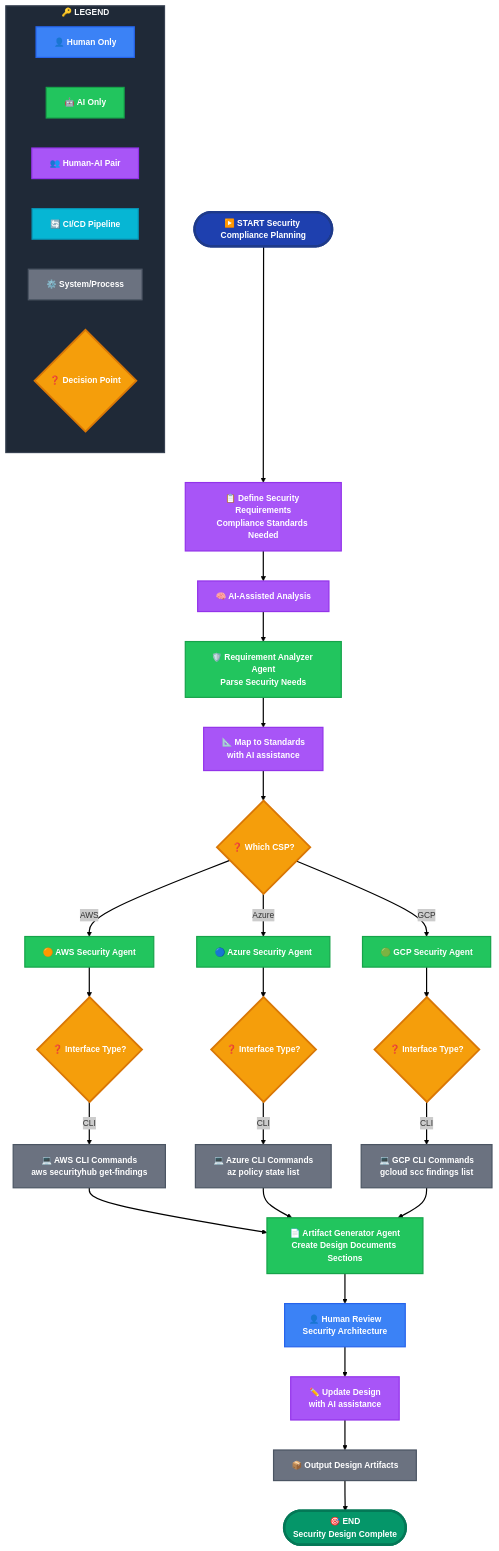
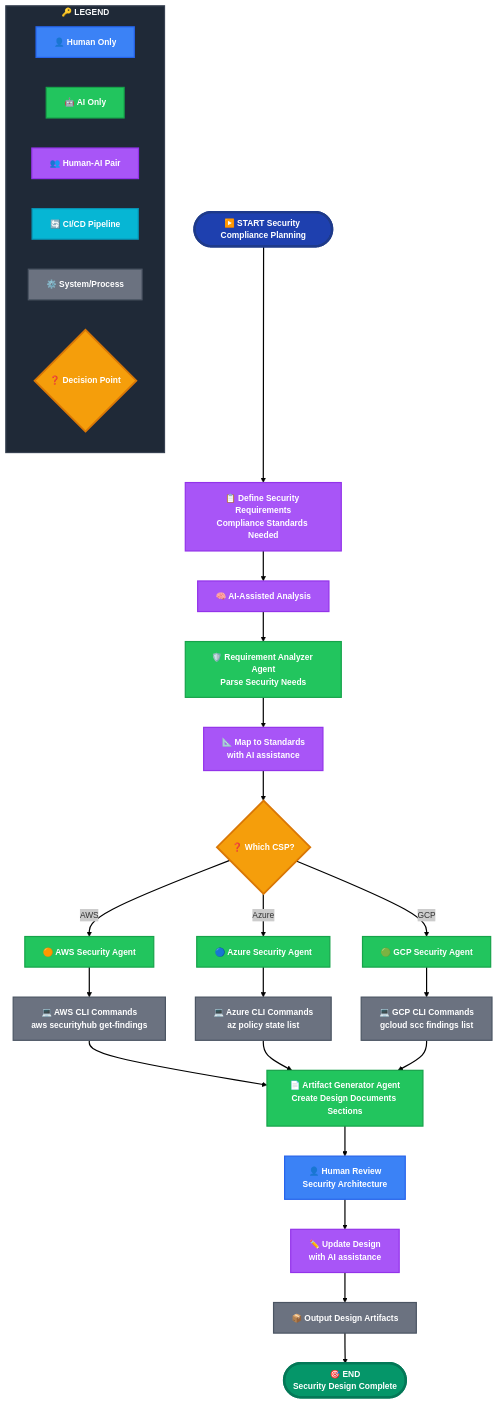
One commit to hashi-demo-lab/claude-code-devcontainer changed the diagram in .claude/workflows/security_analysis.mmd. Above: the diagram before and after it, drawn with Mermaid.

Commit message:
Refactor security analysis workflow to simplify interface handling and improve clarity in command flow

```diff
--- a/.claude/workflows/security_analysis.mmd
+++ b/.claude/workflows/security_analysis.mmd
@@ -1,74 +1,68 @@
 ---
 config:
   theme: neo
   flowchart:
     curve: basis
   layout: fixed
 ---
 flowchart TB
  subgraph LEGEND["🔑 LEGEND"]
     direction LR
         L1["👤 Human Only"]
         L2["🤖 AI Only"]
         L3["👥 Human-AI Pair"]
         L4["🔄 CI/CD Pipeline"]
         L5["⚙️ System/Process"]
         L6{"❓ Decision Point"}
   end
     START(["▶️ START Security Compliance Planning"]) --> A["📋 Define Security Requirements<br>Compliance Standards Needed"]
     A --> B["🧠 AI-Assisted Analysis"]
     B --> B1["🛡️ Requirement Analyzer Agent<br>Parse Security Needs"]
     B1 --> C["📐 Map to Standards<br>with AI assistance"]
     C --> C1{"❓ Which CSP?"}
     C1 -- AWS --> AWS["🟠 AWS Security Agent"]
     C1 -- Azure --> AZ["🔵 Azure Security Agent"]
     C1 -- GCP --> GCP["🟢 GCP Security Agent"]
-    AWS --> D1{"❓ Interface Type?"}
-    AZ --> D2{"❓ Interface Type?"}
-    GCP --> D3{"❓ Interface Type?"}
-    D1 -- CLI --> AWS_CLI["💻 AWS CLI Commands<br>aws securityhub get-findings"]
-    D2 -- CLI --> AZ_CLI["💻 Azure CLI Commands<br>az policy state list"]
-    D3 -- CLI --> GCP_CLI["💻 GCP CLI Commands<br>gcloud scc findings list"]
-    AWS_CLI --> L["📄 Artifact Generator Agent<br>Create Design Documents Sections"]
-    AZ_CLI --> L
-    GCP_CLI --> L
+    AWS_CLI["💻 AWS CLI Commands<br>aws securityhub get-findings"] --> L["📄 Artifact Generator Agent<br>Create Design Documents Sections"]
+    AZ_CLI["💻 Azure CLI Commands<br>az policy state list"] --> L
+    GCP_CLI["💻 GCP CLI Commands<br>gcloud scc findings list"] --> L
     L --> M["👤 Human Review<br>Security Architecture"]
     M --> O["✏️ Update Design<br>with AI assistance"]
     O --> P["📦 Output Design Artifacts"]
     P --> END1(["🎯 END<br>Security Design Complete"])
+    AWS --> AWS_CLI
+    AZ --> AZ_CLI
+    GCP --> GCP_CLI
      L1:::human
      L2:::ai
      L3:::pair
      L4:::cicd
      L5:::system
      L6:::decision
      START:::start
      A:::pair
      B:::pair
      B1:::ai
      C:::pair
      C1:::decision
      AWS:::ai
      AZ:::ai
      GCP:::ai
-     D1:::decision
-     D2:::decision
-     D3:::decision
      AWS_CLI:::system
+     L:::ai
      AZ_CLI:::system
      GCP_CLI:::system
-     L:::ai
      M:::human
      O:::pair
      P:::system
      END1:::endsuccess
     classDef start fill:#1e40af,stroke:#1e3a8a,color:#fff,stroke-width:4px,font-weight:bold
     classDef endsuccess fill:#059669,stroke:#047857,color:#fff,stroke-width:4px,font-weight:bold
     classDef endwarn fill:#f59e0b,stroke:#d97706,color:#fff,stroke-width:3px,font-weight:bold
     classDef human fill:#3b82f6,stroke:#2563eb,color:#fff,stroke-width:2px,font-weight:bold
     classDef ai fill:#22c55e,stroke:#16a34a,color:#fff,stroke-width:2px,font-weight:bold
     classDef cicd fill:#06b6d4,stroke:#0891b2,color:#fff,stroke-width:2px,font-weight:bold
     classDef pair fill:#a855f7,stroke:#9333ea,color:#fff,stroke-width:2px,font-weight:bold
     classDef system fill:#6b7280,stroke:#4b5563,color:#fff,stroke-width:2px,font-weight:bold
     classDef decision fill:#f59e0b,stroke:#d97706,color:#fff,stroke-width:3px,font-weight:bold
     style LEGEND fill:#1f2937,stroke:#374151,stroke-width:2px,color:#f9fafb,font-weight:bold
```
